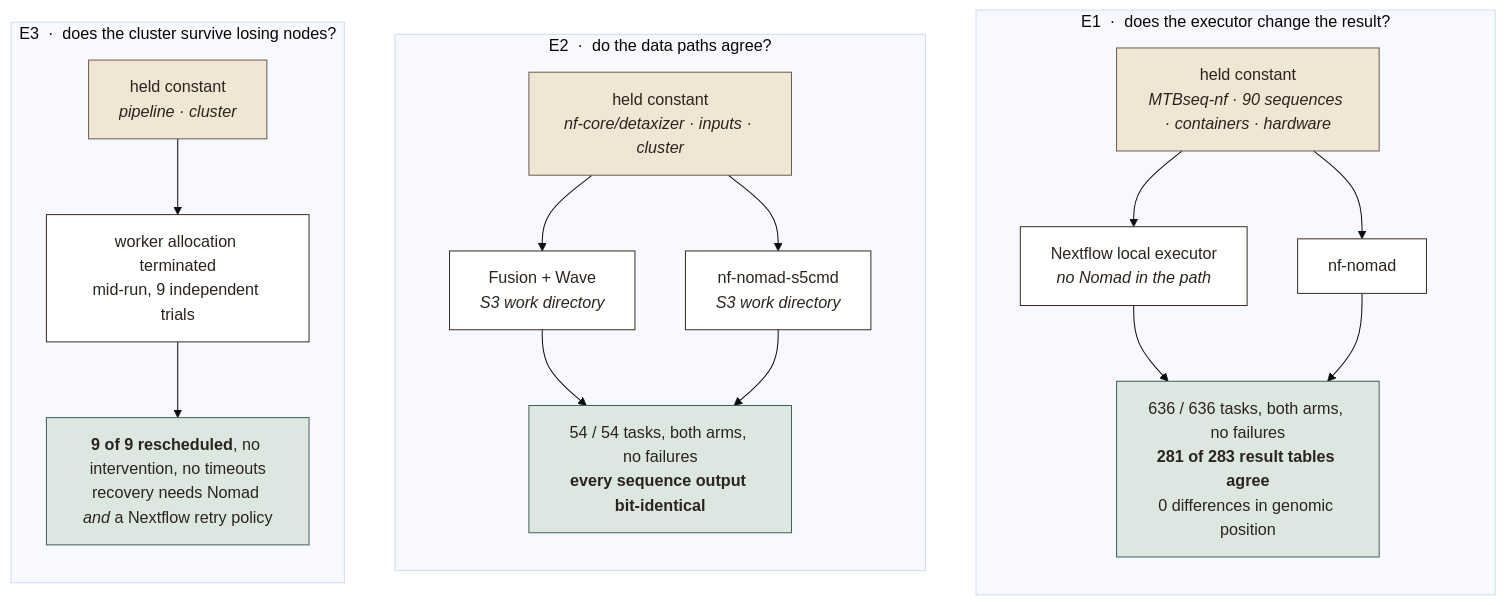
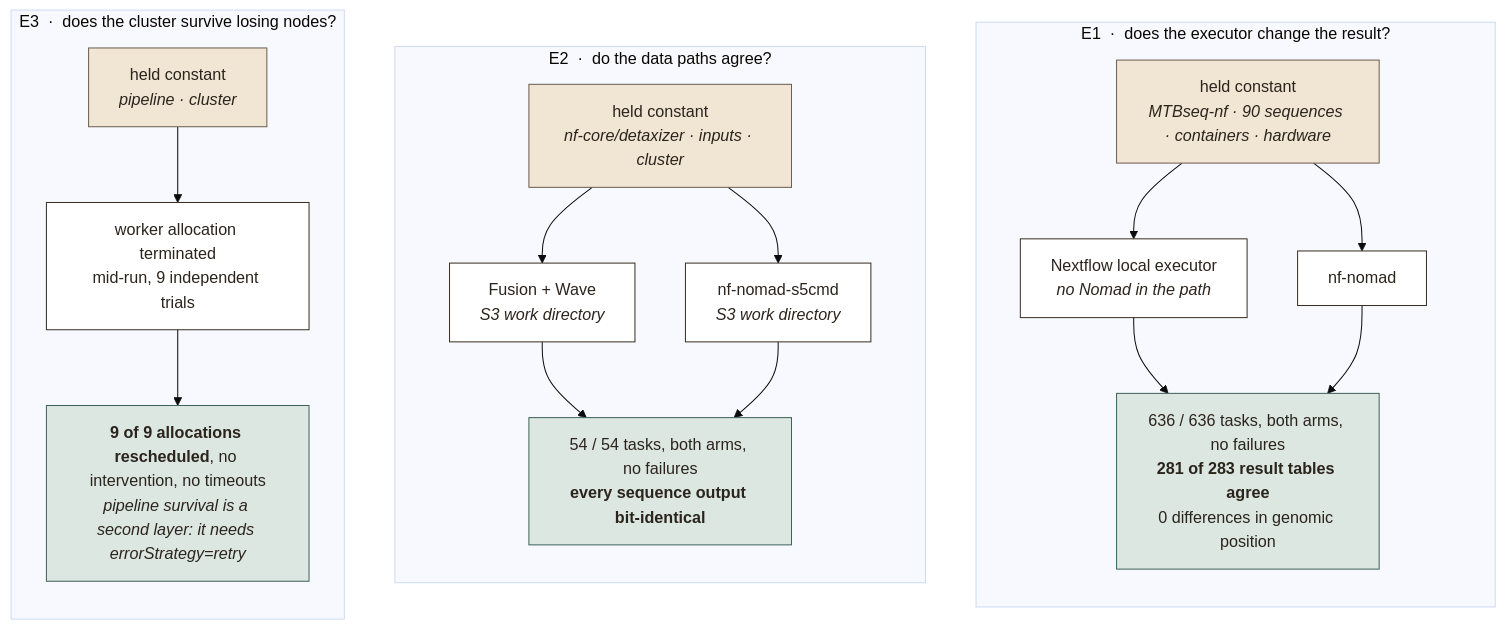
Before and after one commit to abhi18av-phd-projects/nf-nomad-manuscript-assets: the diagram in README.md, drawn with Mermaid (base theme). The commit also changed 3 other files, not shown here.

First line of the commit message:
validation: add the figure-generating scripts, disambiguate the E3 summary

````diff
--- a/README.md
+++ b/README.md
@@ -25,31 +25,31 @@
 ```mermaid
 flowchart TB
   classDef held fill:#F1E6D3,stroke:#6B5D4F,color:#2B241D
   classDef arm  fill:#FFFFFF,stroke:#3A2E22,color:#2B241D
   classDef res  fill:#DCE7E1,stroke:#3E6259,color:#2B241D
 
   subgraph E1["E1 &nbsp;·&nbsp; does the executor change the result?"]
     direction TB
     H1["held constant<br/><i>MTBseq-nf · 90 sequences · containers · hardware</i>"]:::held
     H1 --> A1["Nextflow local executor<br/><i>no Nomad in the path</i>"]:::arm
     H1 --> A2["nf-nomad"]:::arm
     A1 --> R1["636 / 636 tasks, both arms, no failures<br/><b>281 of 283 result tables agree</b><br/>0 differences in genomic position"]:::res
     A2 --> R1
   end
 
   subgraph E2["E2 &nbsp;·&nbsp; do the data paths agree?"]
     direction TB
     H2["held constant<br/><i>nf-core/detaxizer · inputs · cluster</i>"]:::held
     H2 --> B1["Fusion + Wave<br/><i>S3 work directory</i>"]:::arm
     H2 --> B2["nf-nomad-s5cmd<br/><i>S3 work directory</i>"]:::arm
     B1 --> R2["54 / 54 tasks, both arms, no failures<br/><b>every sequence output bit-identical</b>"]:::res
     B2 --> R2
   end
 
   subgraph E3["E3 &nbsp;·&nbsp; does the cluster survive losing nodes?"]
     direction TB
     H3["held constant<br/><i>pipeline · cluster</i>"]:::held
     H3 --> C1["worker allocation terminated<br/>mid-run, 9 independent trials"]:::arm
-    C1 --> R3["<b>9 of 9 rescheduled</b>, no intervention, no timeouts<br/>recovery needs Nomad <i>and</i> a Nextflow retry policy"]:::res
+    C1 --> R3["<b>9 of 9 allocations rescheduled</b>, no intervention, no timeouts<br/><i>pipeline survival is a second layer: it needs errorStrategy=retry</i>"]:::res
   end
 ```
````
